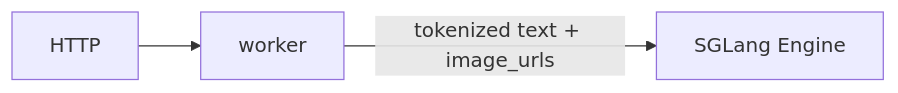
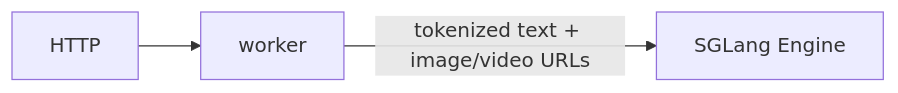
The first of 3 diagrams in fern/pages-dev/features/multimodal/multimodal-sglang.md (ai-dynamo/dynamo), drawn with Mermaid before and after one commit. The commit also changed other lines of this file and 2 other files, not shown here.

````diff
--- a/fern/pages-dev/features/multimodal/multimodal-sglang.md
+++ b/fern/pages-dev/features/multimodal/multimodal-sglang.md
@@ -73,5 +74,5 @@
 ```mermaid
 flowchart LR
   HTTP --> worker
-  worker --tokenized text + image_urls--> SGLang[SGLang Engine]
+  worker --tokenized text + image/video URLs--> SGLang[SGLang Engine]
 ```
````
